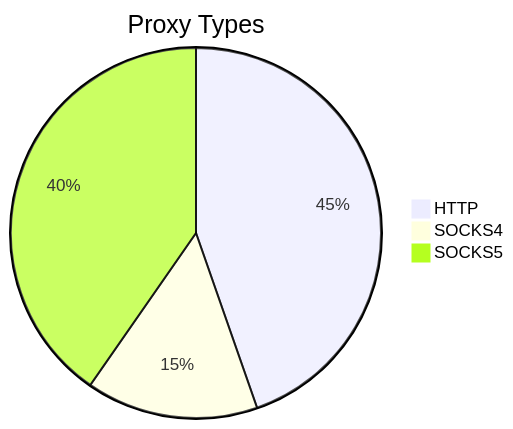
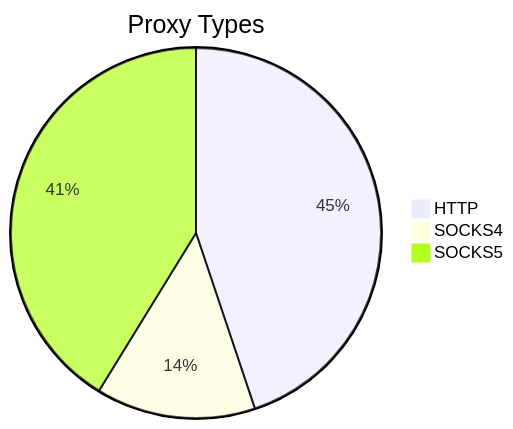
One commit to stormsia/proxy-list changed the first of 2 diagrams in README.md. Above: the diagram before and after it, drawn with Mermaid. The commit also changed other lines of this file, not shown here.

````diff
--- a/README.md
+++ b/README.md
@@ -21,6 +21,6 @@
 ```mermaid
 pie title Proxy Types
-    "HTTP" : 217
-    "SOCKS4" : 73
-    "SOCKS5" : 196
+    "HTTP" : 161
+    "SOCKS4" : 50
+    "SOCKS5" : 148
 ```
````
